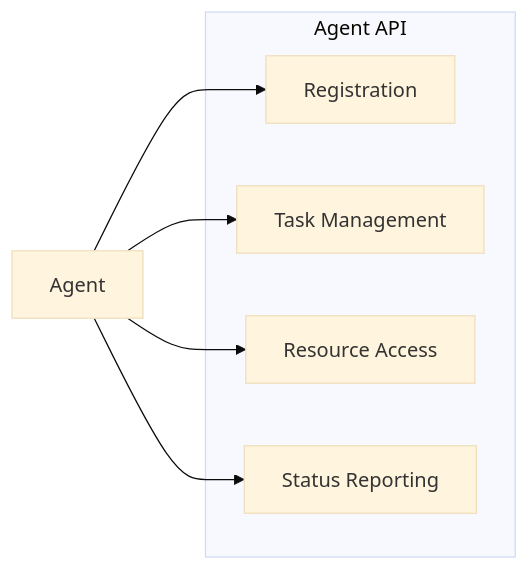
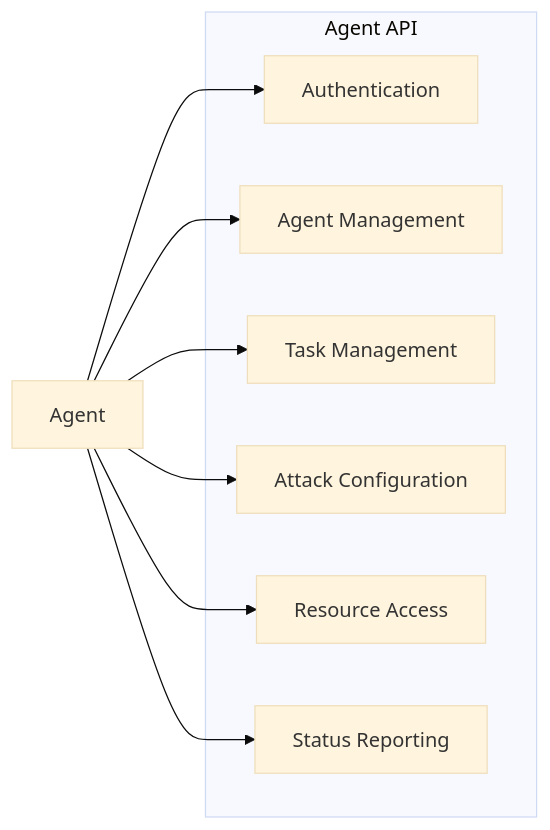
The first of 6 diagrams in docs/api/overview.md (unclesp1d3r/CipherSwarm), drawn with Mermaid (base theme) before and after one commit. The commit also changed other lines of this file and 2 other files, not shown here.

````diff
--- a/docs/api/overview.md
+++ b/docs/api/overview.md
@@ -11,11 +11,13 @@
 ```mermaid
 graph LR
     subgraph "Agent API"
-        A1[Registration]
-        A2[Task Management]
-        A3[Resource Access]
-        A4[Status Reporting]
+        A1[Authentication]
+        A2[Agent Management]
+        A3[Task Management]
+        A4[Attack Configuration]
+        A5[Resource Access]
+        A6[Status Reporting]
     end
 
-    Agent --> A1 & A2 & A3 & A4
+    Agent --> A1 & A2 & A3 & A4 & A5 & A6
 ```
````
